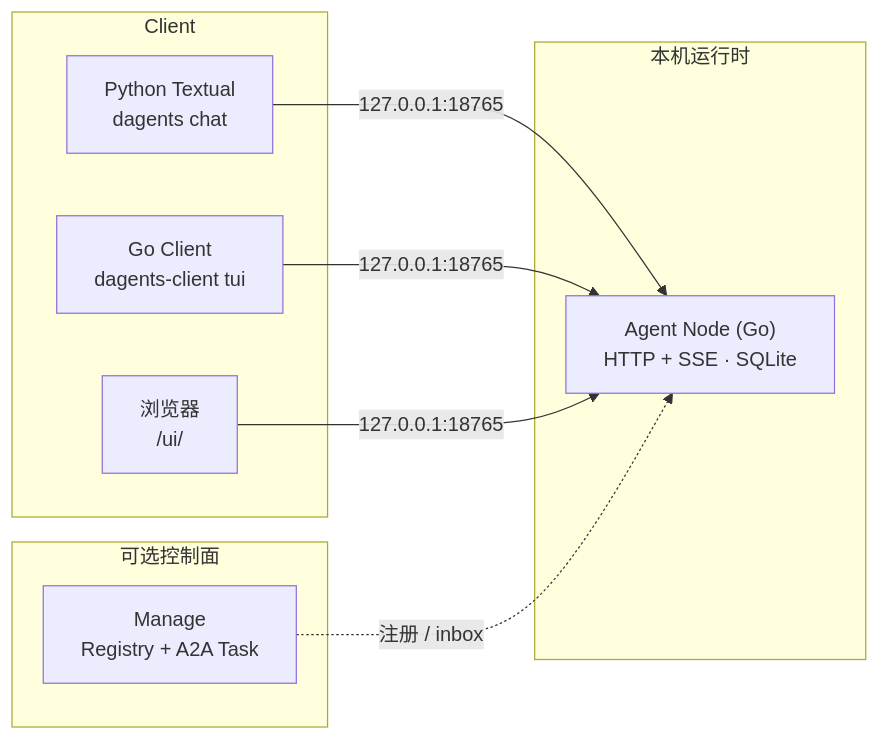
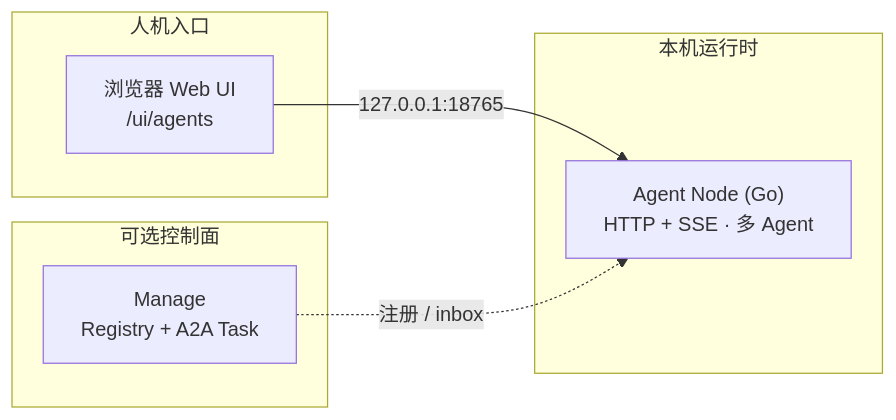
One commit to DGS-ai-team/DAgents changed the diagram in README.md. Above: the diagram before and after it, drawn with Mermaid. The commit also changed other lines of this file and 170 other files, not shown here.

First line of the commit message:
feat: Phase 4 — 移除 TUI/CLI，收敛为 Node + Web UI

````diff
--- a/README.md
+++ b/README.md
@@ -87,21 +83,17 @@
 ```mermaid
 flowchart LR
-  subgraph clients [Client]
-    PY["Python Textual<br/>dagents chat"]
-    GO["Go Client<br/>dagents-client tui"]
-    WEB["浏览器<br/>/ui/"]
+  subgraph clients [人机入口]
+    WEB["浏览器 Web UI<br/>/ui/agents"]
   end
 
   subgraph runtime [本机运行时]
-    NODE["Agent Node (Go)<br/>HTTP + SSE · SQLite"]
+    NODE["Agent Node (Go)<br/>HTTP + SSE · 多 Agent"]
   end
 
   subgraph optional [可选控制面]
     MG["Manage<br/>Registry + A2A Task"]
   end
 
-  PY -->|127.0.0.1:18765| NODE
-  GO -->|127.0.0.1:18765| NODE
   WEB -->|127.0.0.1:18765| NODE
   MG -.->|注册 / inbox| NODE
 ```
````
